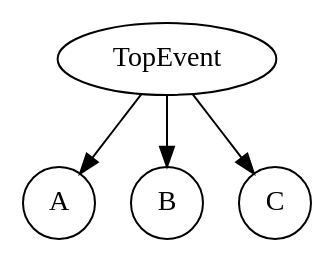
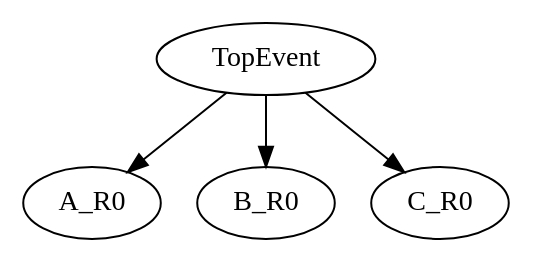
One commit to rakhimov/scram changed the diagram in input/ABC/abc.dot. Above: the diagram before and after it, drawn with Graphviz. The commit also changed 10 other files, not shown here.

Commit message:
Better graphing capabilities.

```diff
--- a/input/ABC/abc.dot
+++ b/input/ABC/abc.dot
@@ -1,9 +1,6 @@
 digraph ABC {
-TopEvent -> A;
-TopEvent -> B;
-TopEvent -> C;
+TopEvent -> A_R0;
+TopEvent -> B_R0;
+TopEvent -> C_R0;
 TopEvent [shape=ellipse]
-A [shape=circle]
-B [shape=circle]
-C [shape=circle]
 }
```
